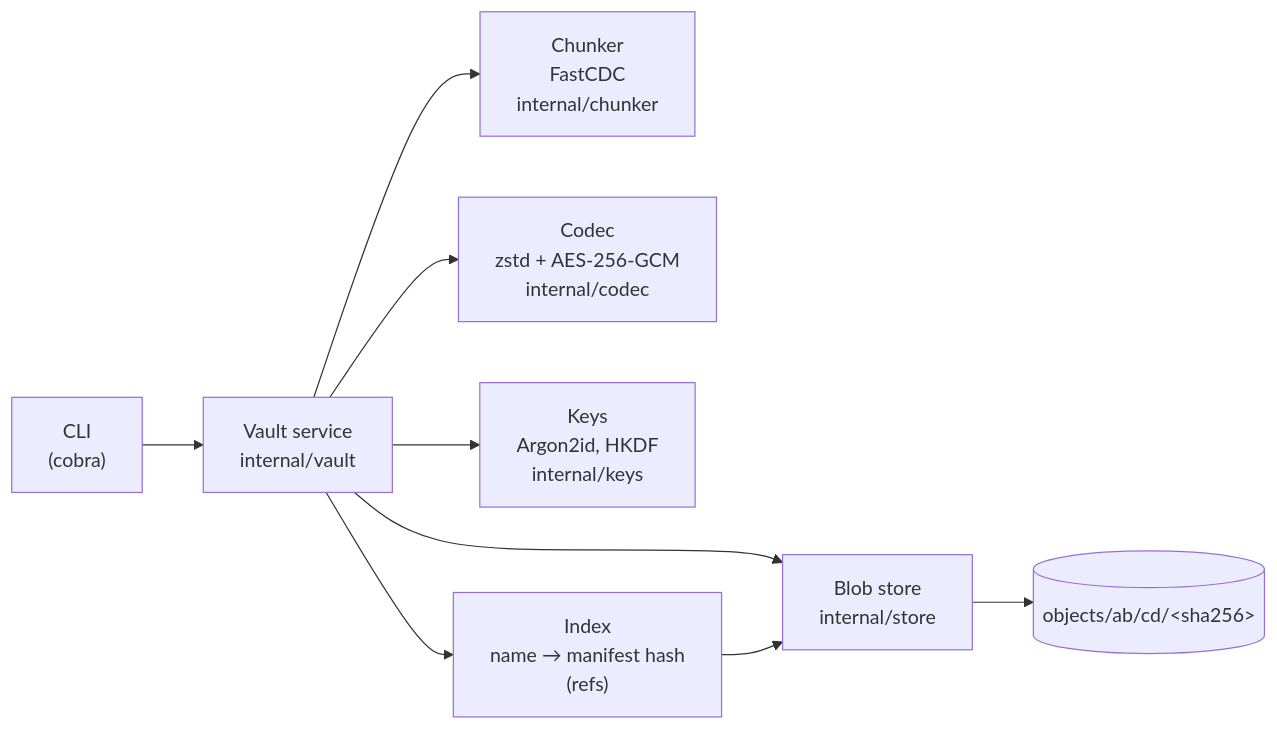
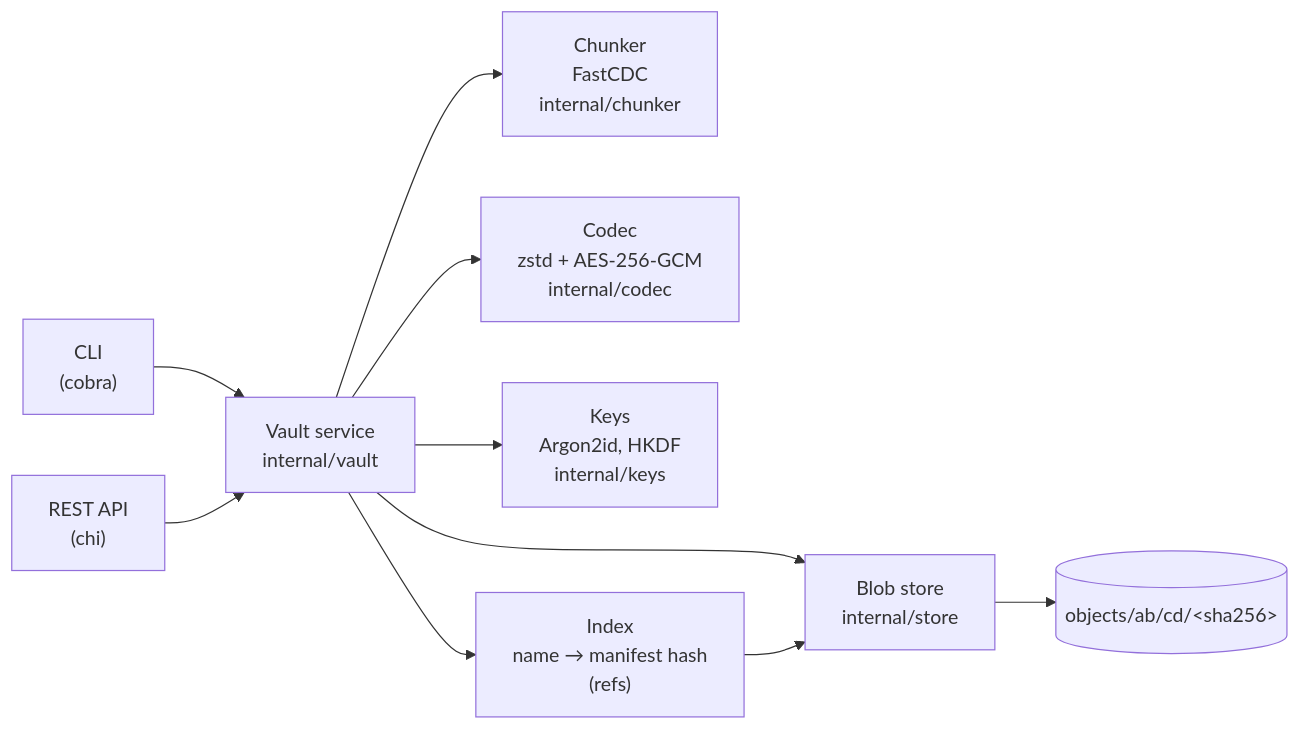
One commit to karthik-258-code/Chunk-Vault changed the first of 2 diagrams in README.md. Above: the diagram before and after it, drawn with Mermaid. The commit also changed other lines of this file and 9 other files, not shown here.

First line of the commit message:
feat: REST API (chi) and docker-compose

````diff
--- a/README.md
+++ b/README.md
@@ -9,11 +9,12 @@
 ```mermaid
 flowchart LR
     CLI["CLI<br/>(cobra)"] --> Vault["Vault service<br/>internal/vault"]
+    API["REST API<br/>(chi)"] --> Vault
     Vault --> Chunker["Chunker<br/>FastCDC<br/>internal/chunker"]
     Vault --> Codec["Codec<br/>zstd + AES-256-GCM<br/>internal/codec"]
     Vault --> Keys["Keys<br/>Argon2id, HKDF<br/>internal/keys"]
     Vault --> Index["Index<br/>name → manifest hash<br/>(refs)"]
     Vault --> Blobs["Blob store<br/>internal/store"]
     Index --> Blobs
     Blobs --> FS[("objects/ab/cd/&lt;sha256&gt;")]
 ```
````
